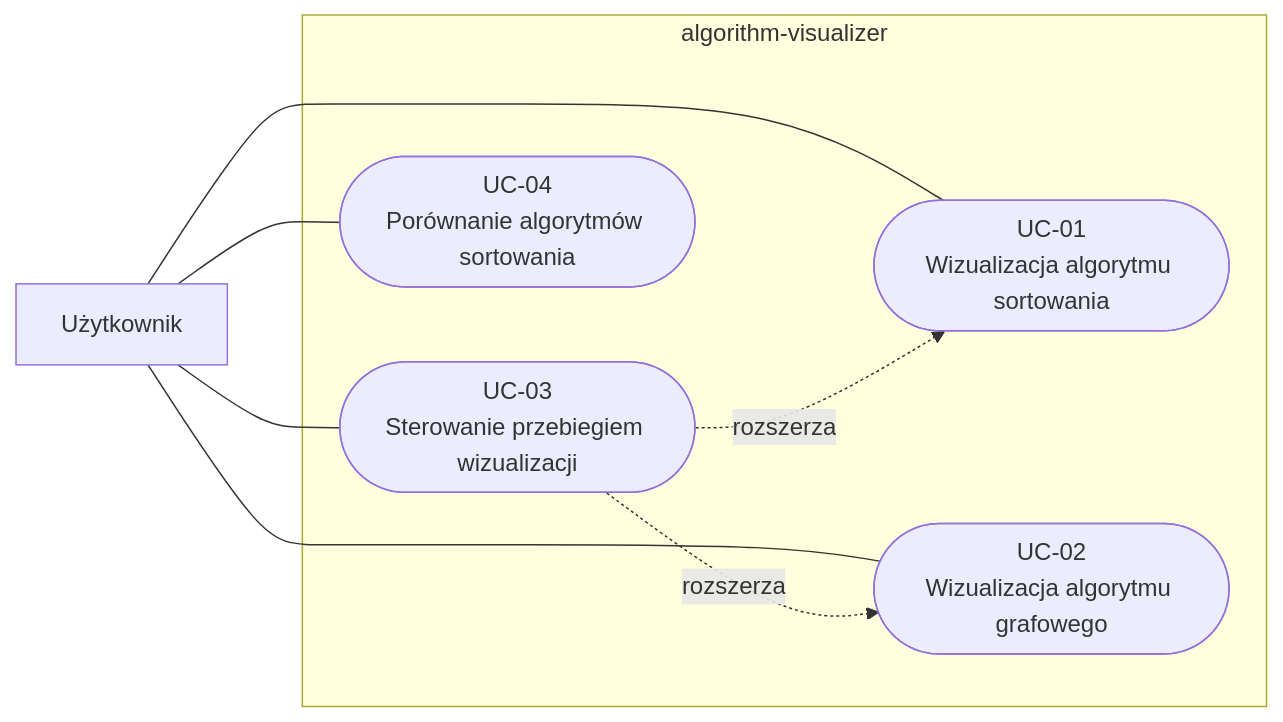
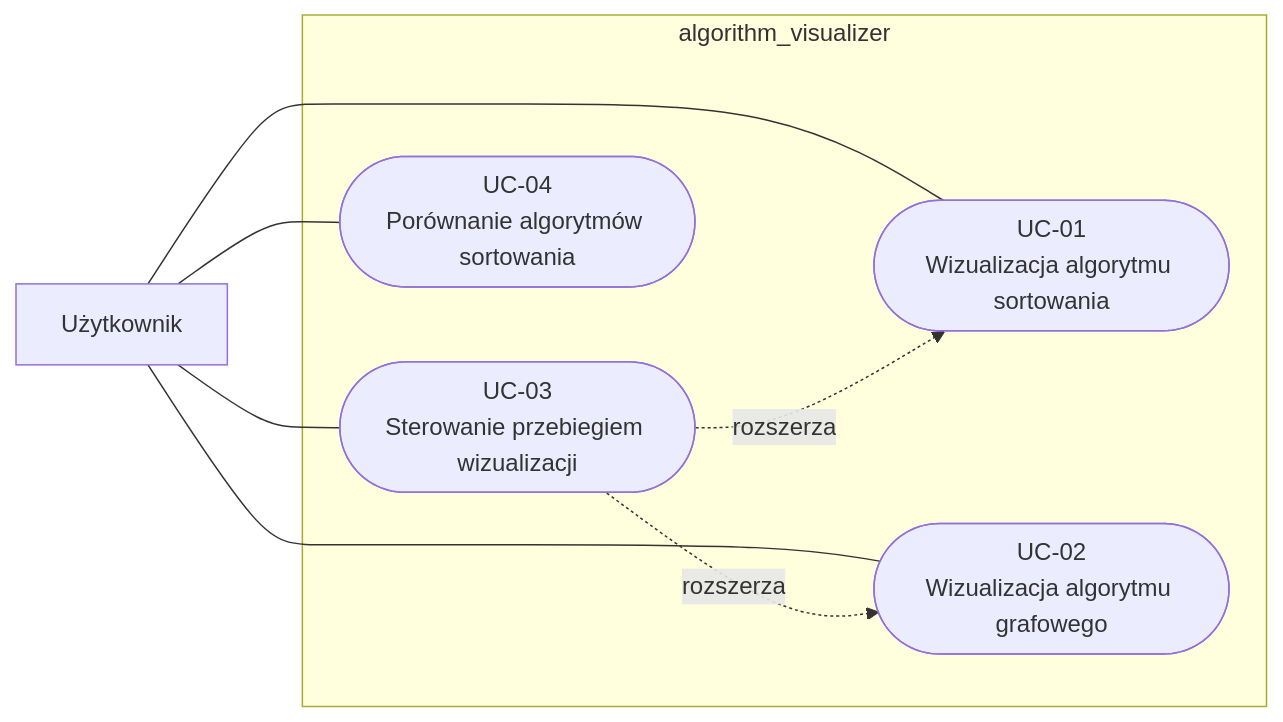
The second of 4 diagrams in docs/use_cases/README.md (GorniakL/Algorithm_Visualizer), drawn with Mermaid before and after one commit. The commit also changed other lines of this file and 12 other files, not shown here.

Commit message:
Ujednolicenie nazewnictwa, aktualizacja diagramu oraz klas, dodano komentarze, grafy skierowane, poprawiono kod

````diff
--- a/docs/use_cases/README.md
+++ b/docs/use_cases/README.md
@@ -18,19 +18,19 @@
 ```mermaid
 flowchart LR
     Uzytkownik["Użytkownik"]
 
-    subgraph System["algorithm-visualizer"]
+    subgraph System["algorithm_visualizer"]
         UC01([UC-01<br/>Wizualizacja algorytmu sortowania])
         UC02([UC-02<br/>Wizualizacja algorytmu grafowego])
         UC03([UC-03<br/>Sterowanie przebiegiem wizualizacji])
         UC04([UC-04<br/>Porównanie algorytmów sortowania])
     end
 
     Uzytkownik --- UC01
     Uzytkownik --- UC02
     Uzytkownik --- UC03
     Uzytkownik --- UC04
 
     UC03 -.->|rozszerza| UC01
     UC03 -.->|rozszerza| UC02
 ```
````
